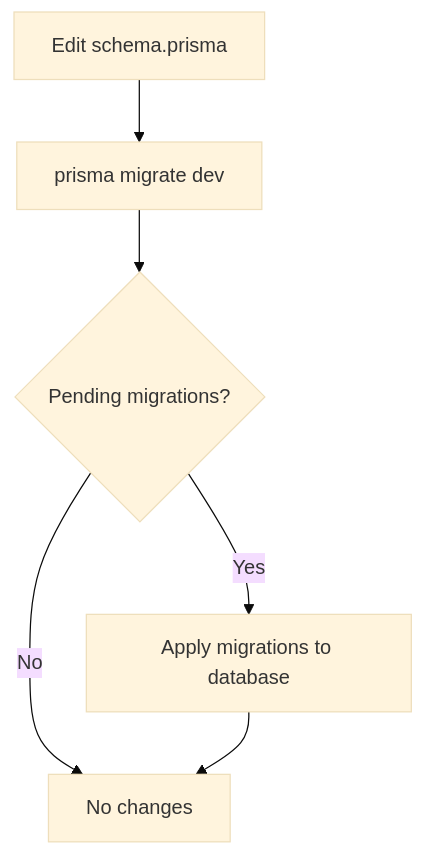
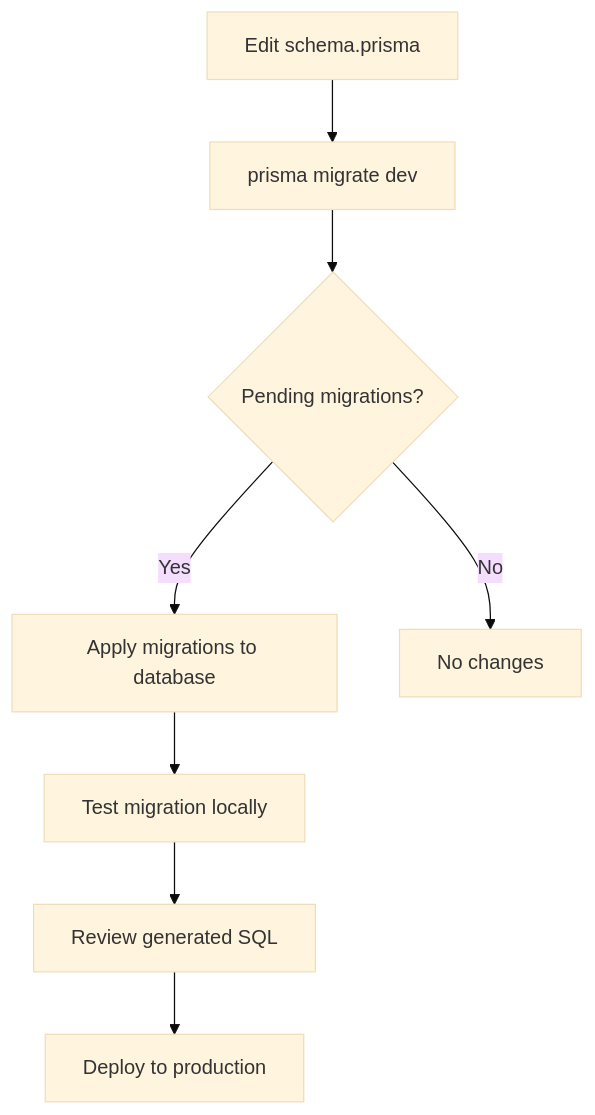
The fifth of 9 diagrams in .qoder/repowiki/en/content/Configuration & Environment/Database & Prisma Setup.md (Crowdspender/titchybooks-app), drawn with Mermaid (base theme) before and after one commit. The commit also changed other lines of this file and 23 other files, not shown here.

````diff
--- a/.qoder/repowiki/en/content/Configuration & Environment/Database & Prisma Setup.md
+++ b/.qoder/repowiki/en/content/Configuration & Environment/Database & Prisma Setup.md
@@ -194,8 +272,10 @@
 ```mermaid
 flowchart TD
 EditSchema["Edit schema.prisma"] --> DevMigrate["prisma migrate dev"]
 DevMigrate --> Pending{"Pending migrations?"}
 Pending --> |Yes| ApplyMigrations["Apply migrations to database"]
 Pending --> |No| Done["No changes"]
-ApplyMigrations --> Done
+ApplyMigrations --> TestMigration["Test migration locally"]
+TestMigration --> Review["Review generated SQL"]
+Review --> Deploy["Deploy to production"]
 ```
````
